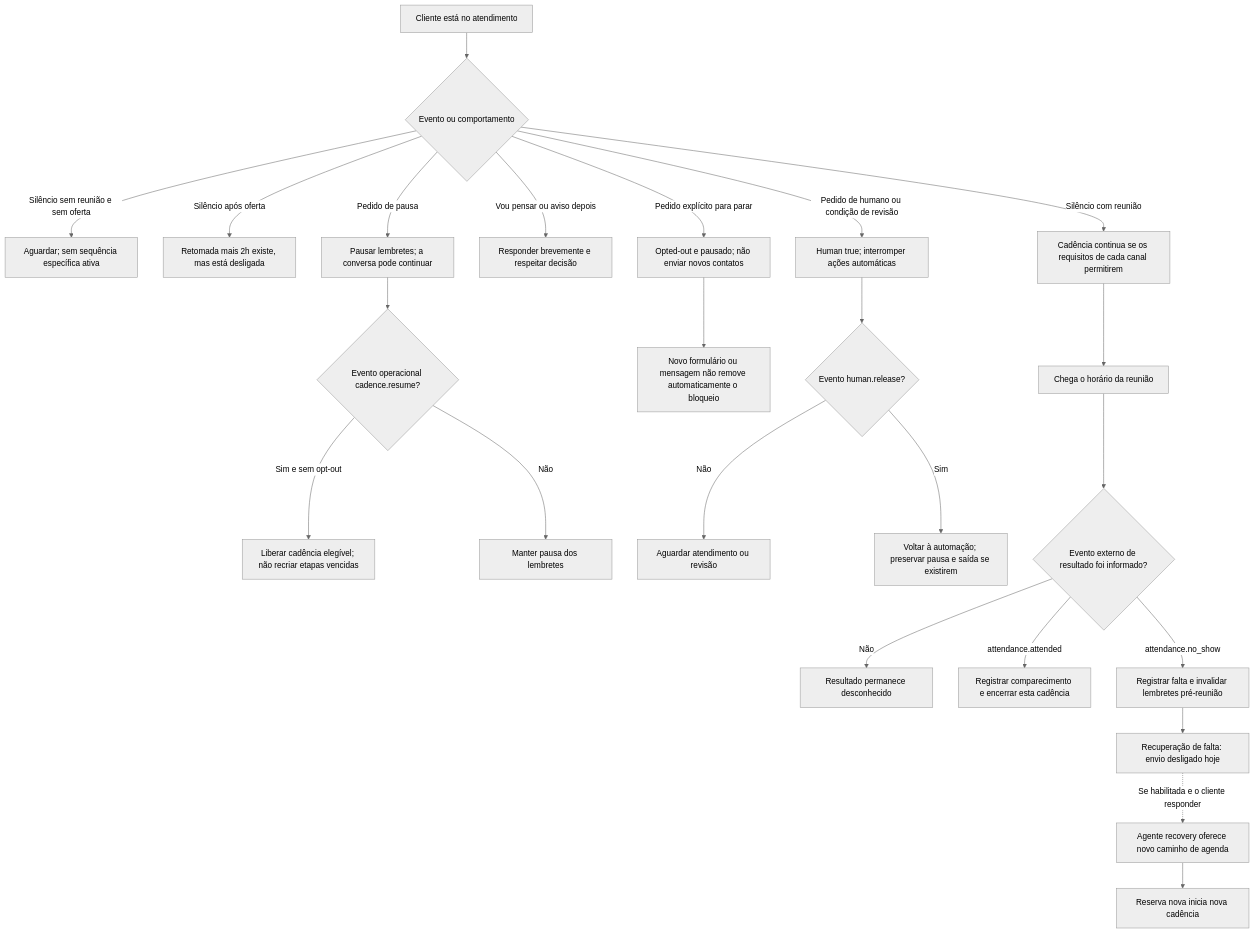
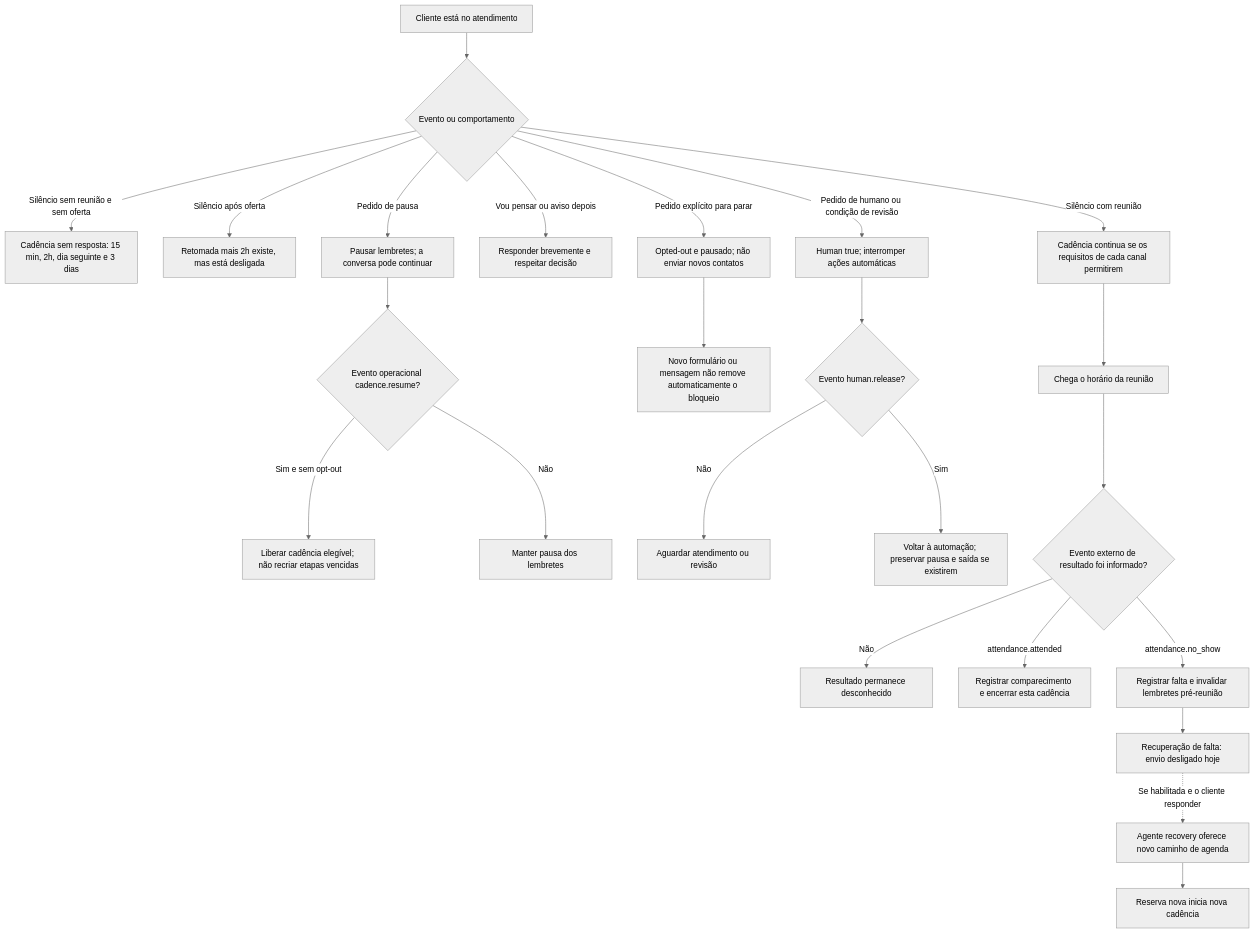
One commit to tom-lisboa/ArkomSDR changed the ninth of 14 diagrams in docs/fluxo-cliente-mermaid.md. Above: the diagram before and after it, drawn with Mermaid (neutral theme). The commit also changed other lines of this file and 36 other files, not shown here.

````diff
--- a/docs/fluxo-cliente-mermaid.md
+++ b/docs/fluxo-cliente-mermaid.md
@@ -457,26 +464,26 @@
 ```mermaid
 flowchart TD
     S0["Cliente está no atendimento"] --> SE{"Evento ou comportamento"}
-    SE -->|Silêncio sem reunião e sem oferta| SSW["Aguardar; sem sequência específica ativa"]
+    SE -->|Silêncio sem reunião e sem oferta| SSW["Cadência sem resposta: 15 min, 2h, dia seguinte e 3 dias"]
     SE -->|Silêncio após oferta| SOFF["Retomada mais 2h existe, mas está desligada"]
     SE -->|Silêncio com reunião| SBOOK["Cadência continua se os requisitos de cada canal permitirem"]
     SE -->|Vou pensar ou aviso depois| STHINK["Responder brevemente e respeitar decisão"]
     SE -->|Pedido de pausa| SPAUSE["Pausar lembretes; a conversa pode continuar"]
     SPAUSE --> SRES{"Evento operacional cadence.resume?"}
     SRES -->|Sim e sem opt-out| SBACK["Liberar cadência elegível; não recriar etapas vencidas"]
     SRES -->|Não| SHOLD["Manter pausa dos lembretes"]
     SE -->|Pedido explícito para parar| SOPT["Opted-out e pausado; não enviar novos contatos"]
     SOPT --> SNOFORM["Novo formulário ou mensagem não remove automaticamente o bloqueio"]
     SE -->|Pedido de humano ou condição de revisão| SHUM["Human true; interromper ações automáticas"]
     SHUM --> SHREL{"Evento human.release?"}
     SHREL -->|Não| SHWAIT["Aguardar atendimento ou revisão"]
     SHREL -->|Sim| SAUTO["Voltar à automação; preservar pausa e saída se existirem"]
     SBOOK --> ST["Chega o horário da reunião"]
     ST --> SAT{"Evento externo de resultado foi informado?"}
     SAT -->|Não| SUNK["Resultado permanece desconhecido"]
     SAT -->|attendance.attended| SDONE["Registrar comparecimento e encerrar esta cadência"]
     SAT -->|attendance.no_show| SNS["Registrar falta e invalidar lembretes pré-reunião"]
     SNS --> SRC["Recuperação de falta: envio desligado hoje"]
     SRC -.->|Se habilitada e o cliente responder| SNEW["Agente recovery oferece novo caminho de agenda"]
     SNEW --> SCYCLE["Reserva nova inicia nova cadência"]
 ```
````
